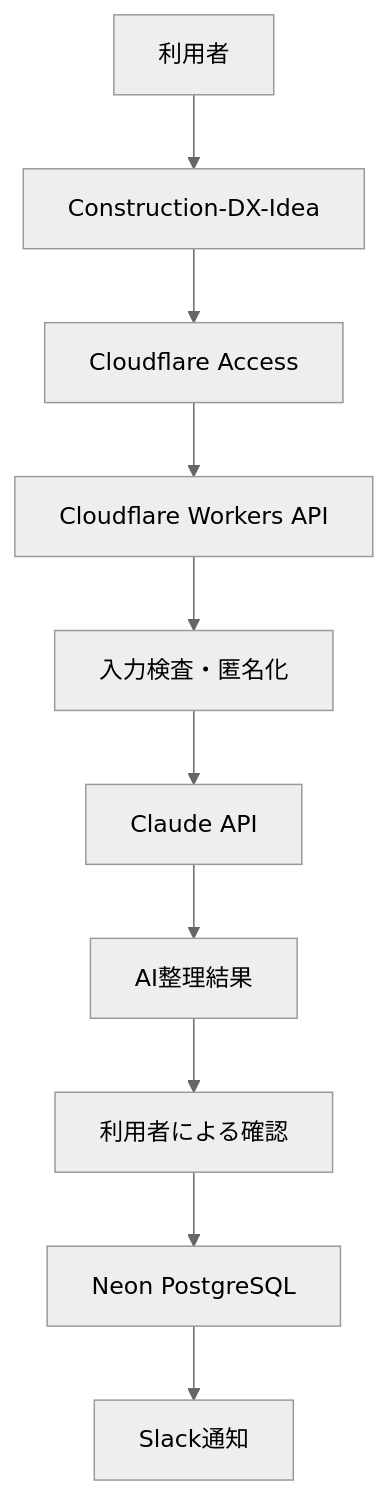
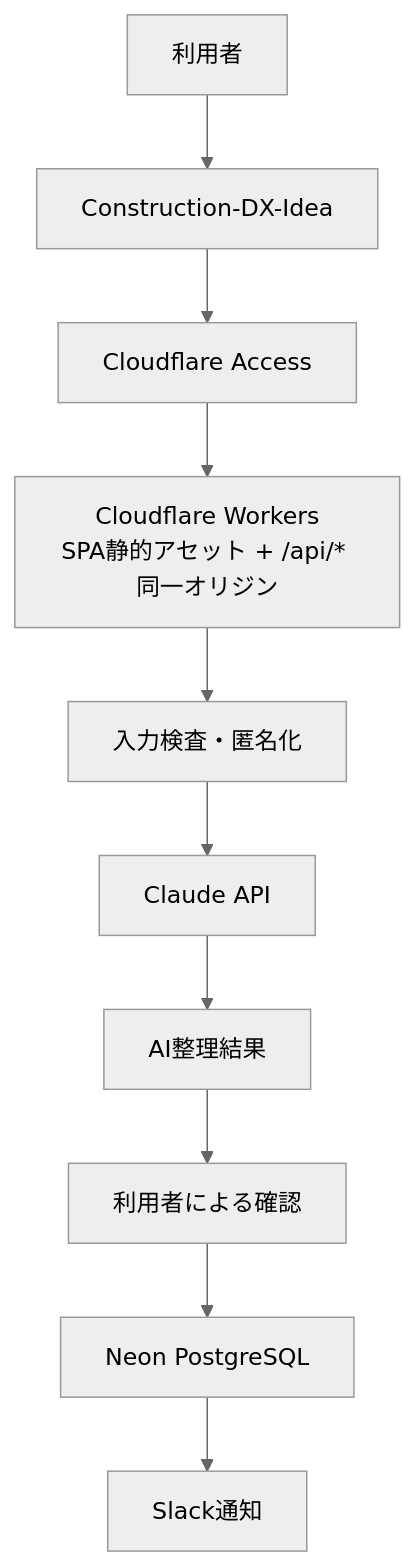
The tenth of 11 diagrams in README.md (Kensan196948G/Construction-DX-Idea), drawn with Mermaid (neutral theme) before and after one commit. The commit also changed other lines of this file and 10 other files, not shown here.

````diff
--- a/README.md
+++ b/README.md
@@ -252,12 +257,12 @@
 ```mermaid
 flowchart TD
     A["利用者"] --> B["Construction-DX-Idea"]
     B --> C["Cloudflare Access"]
-    C --> D["Cloudflare Workers API"]
+    C --> D["Cloudflare Workers<br/>SPA静的アセット + /api/* 同一オリジン"]
     D --> E["入力検査・匿名化"]
     E --> F["Claude API"]
     F --> G["AI整理結果"]
     G --> H["利用者による確認"]
     H --> I["Neon PostgreSQL"]
     I --> J["Slack通知"]
 ```
````
